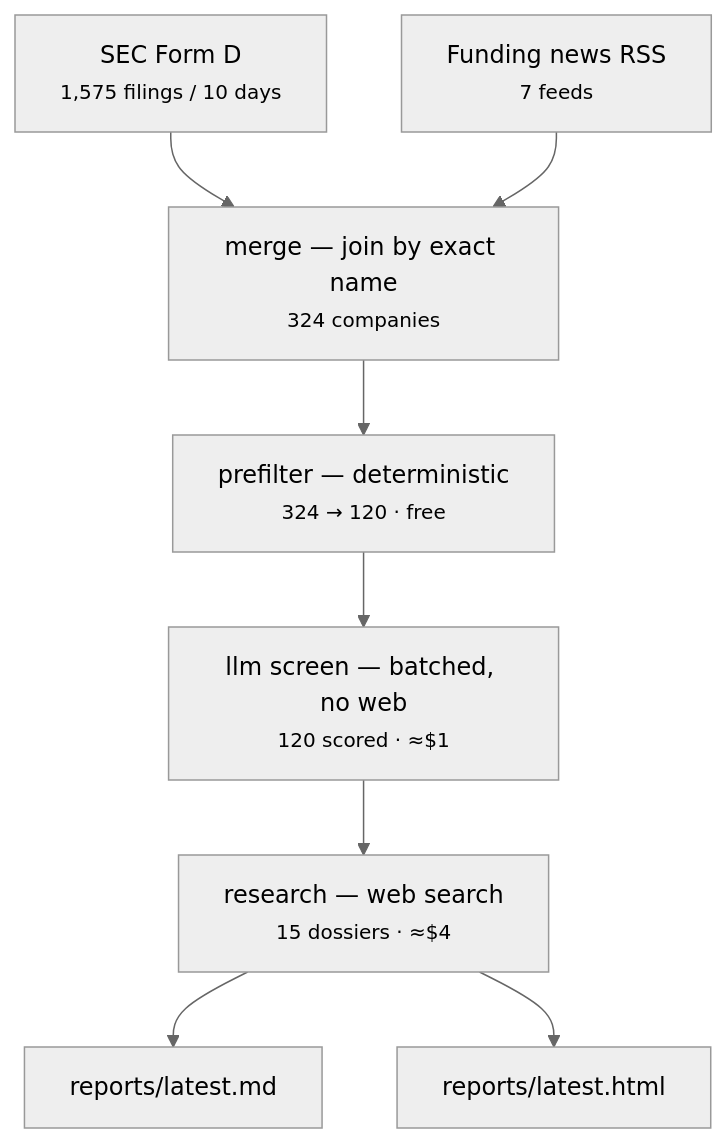
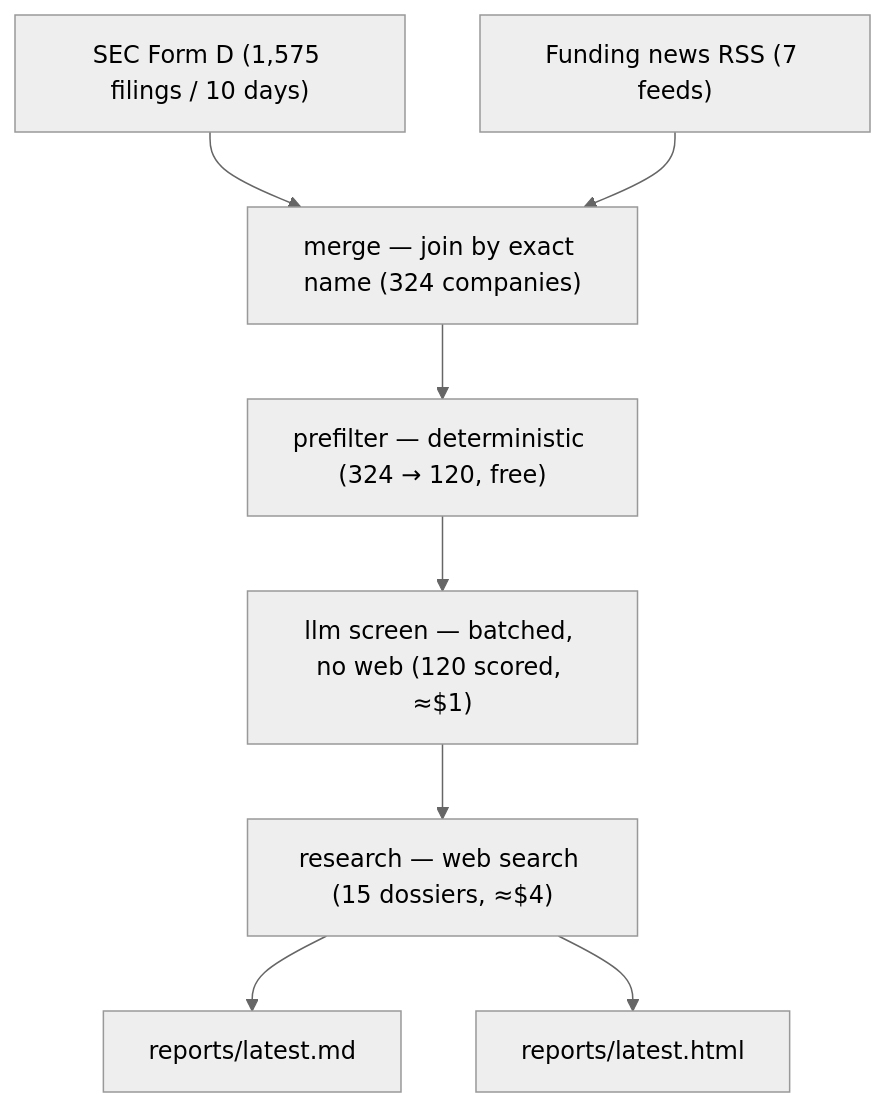
One commit to zerolocker/startup-finder changed the diagram in README.md. Above: the diagram before and after it, drawn with Mermaid (neutral theme).

Commit message:
Drop <br/> and <small> from the README diagram
GitHub's mermaid renderer ignores both tags, so every node came out as one
run-on line with the markup semantics lost. Fold each node's stat into
parentheses on a single line instead, and swap the inner `·` separators for
commas so they don't compete with the parens.

````diff
--- a/README.md
+++ b/README.md
@@ -38,11 +38,11 @@
 ```mermaid
 flowchart TD
-    A["SEC Form D<br/><small>1,575 filings / 10 days</small>"] --> C
-    B["Funding news RSS<br/><small>7 feeds</small>"] --> C
-    C["merge — join by exact name<br/><small>324 companies</small>"] --> D
-    D["prefilter — deterministic<br/><small>324 → 120 · free</small>"] --> E
-    E["llm screen — batched, no web<br/><small>120 scored · ≈$1</small>"] --> F
-    F["research — web search<br/><small>15 dossiers · ≈$4</small>"] --> G & H
+    A["SEC Form D (1,575 filings / 10 days)"] --> C
+    B["Funding news RSS (7 feeds)"] --> C
+    C["merge — join by exact name (324 companies)"] --> D
+    D["prefilter — deterministic (324 → 120, free)"] --> E
+    E["llm screen — batched, no web (120 scored, ≈$1)"] --> F
+    F["research — web search (15 dossiers, ≈$4)"] --> G & H
     G["reports/latest.md"]
     H["reports/latest.html"]
 ```
````
